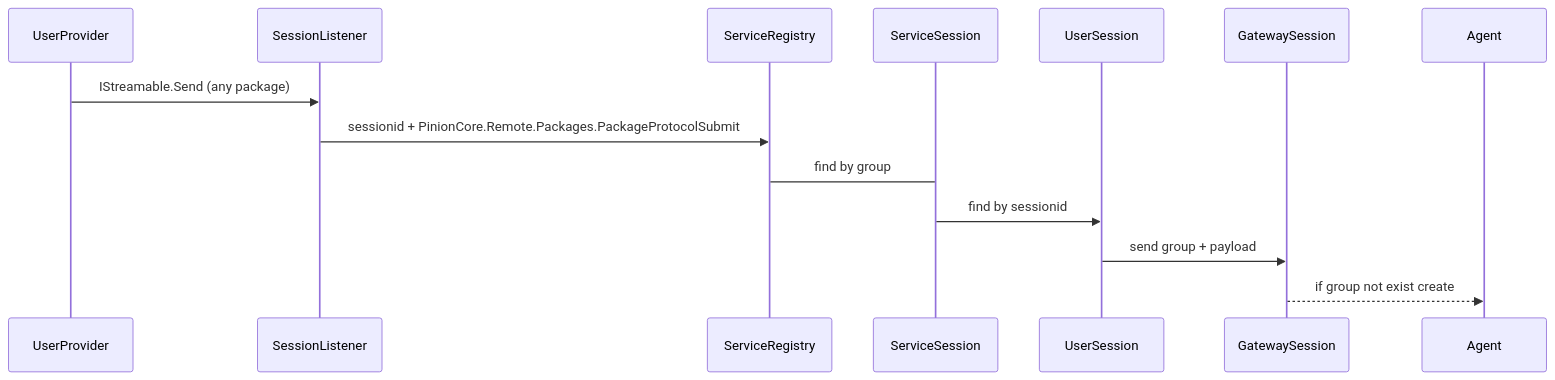
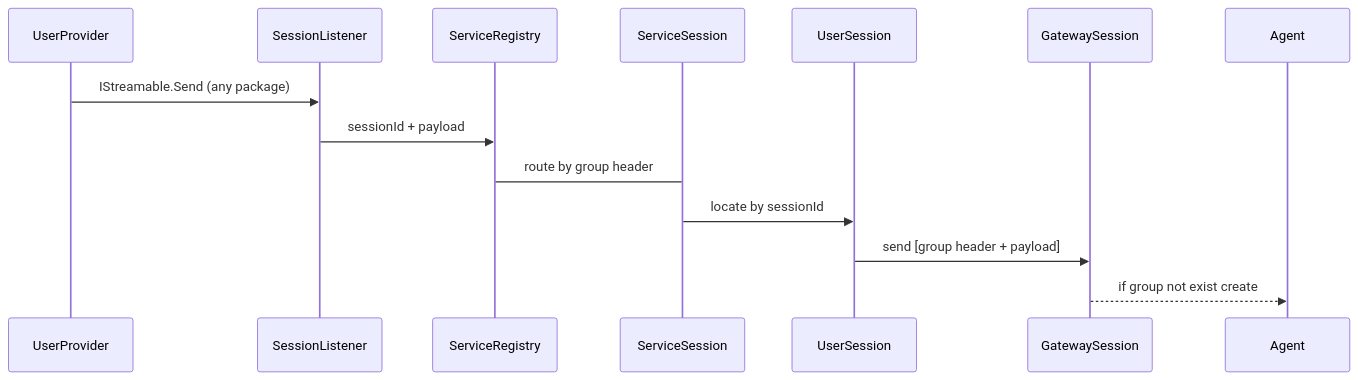
The sixth of 6 diagrams in PinionCore.Remote.Gateway/design.md (jiowchern/PinionCore.Remote), drawn with Mermaid before and after one commit. The commit also changed other lines of this file and 4 other files, not shown here.

````diff
--- a/PinionCore.Remote.Gateway/design.md
+++ b/PinionCore.Remote.Gateway/design.md
@@ -194,9 +205,9 @@
 ```mermaid
 sequenceDiagram    
     UserProvider ->> SessionListener: IStreamable.Send (any package)
-    SessionListener ->> ServiceRegistry: sessionid + PinionCore.Remote.Packages.PackageProtocolSubmit
-    ServiceRegistry -> ServiceSession : find by group
-    ServiceSession ->> UserSession: find by sessionid
-    UserSession ->> GatewaySession: send group + payload
+    SessionListener ->> ServiceRegistry: sessionId + payload
+    ServiceRegistry -> ServiceSession : route by group header
+    ServiceSession ->> UserSession: locate by sessionId
+    UserSession ->> GatewaySession: send [group header + payload]
     GatewaySession -->> Agent : if group not exist create
 ```
````
